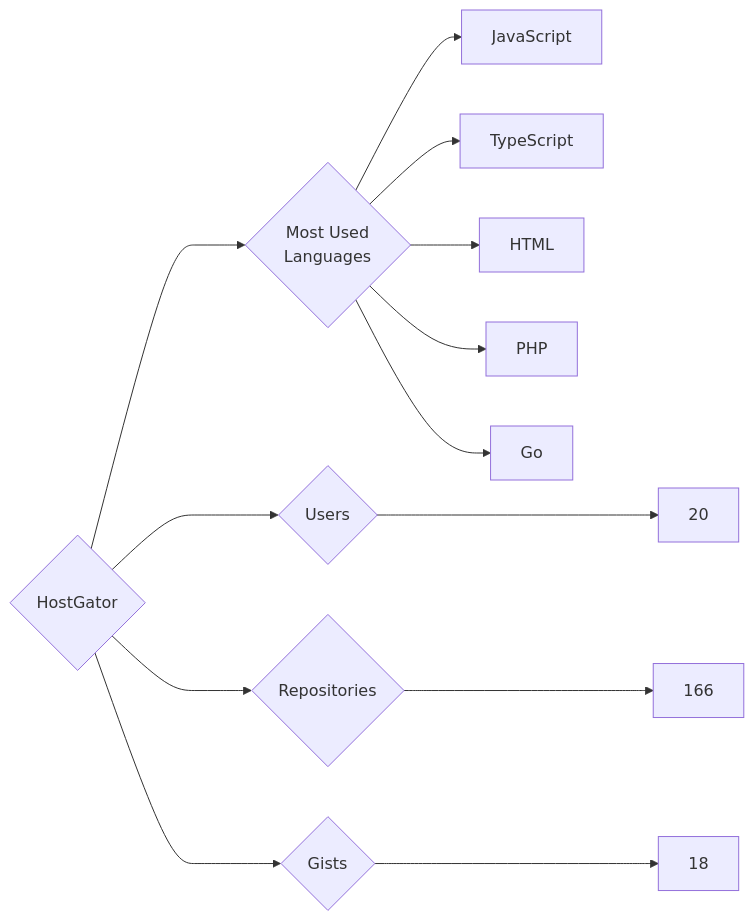
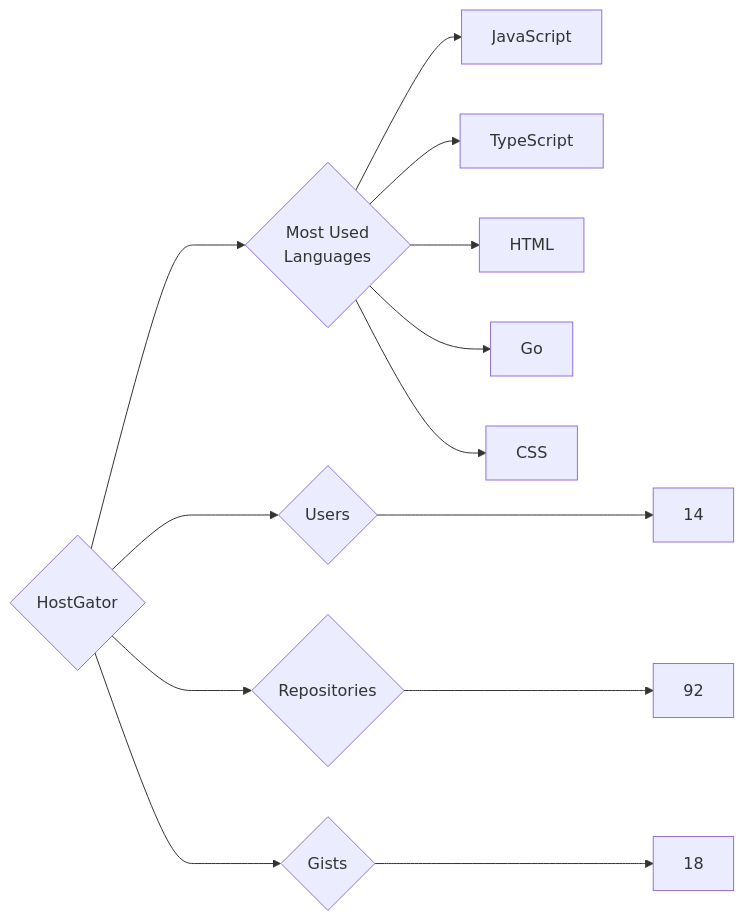
Before and after one commit to trickest/insiders: the diagram in targets/HostGator/README.md, drawn with Mermaid. The commit also changed 752 other files, not shown here.

````diff
--- a/targets/HostGator/README.md
+++ b/targets/HostGator/README.md
@@ -3,13 +3,13 @@
 ```mermaid
 graph LR
 COMPANY_NAME{HostGator}
-COMPANY_NAME ---> U{Users} ---> UN[20]
-COMPANY_NAME ---> R{Repositories} ---> RN[166]
+COMPANY_NAME ---> U{Users} ---> UN[14]
+COMPANY_NAME ---> R{Repositories} ---> RN[92]
 COMPANY_NAME ---> G{Gists} ---> GN[18]
 COMPANY_NAME ---> ML{Most Used<br>Languages}
 ML --> JavaScript[JavaScript]
 ML --> TypeScript[TypeScript]
 ML --> HTML[HTML]
-ML --> PHP[PHP]
 ML --> Go[Go]
+ML --> CSS[CSS]
 ```
````
